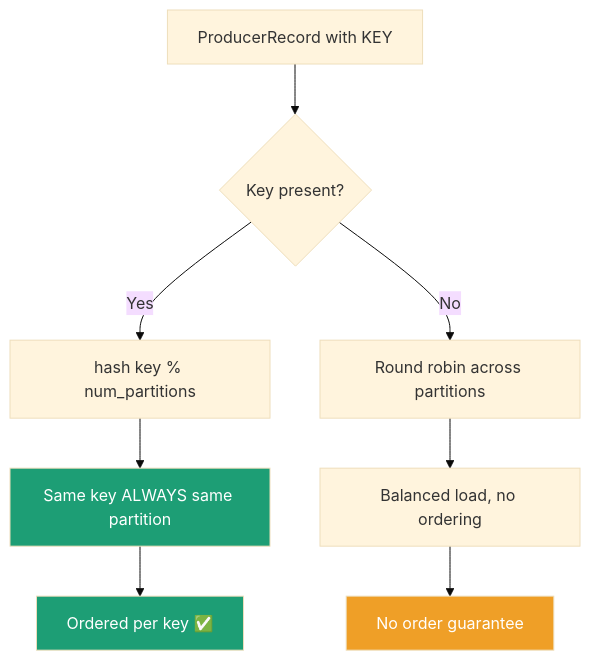
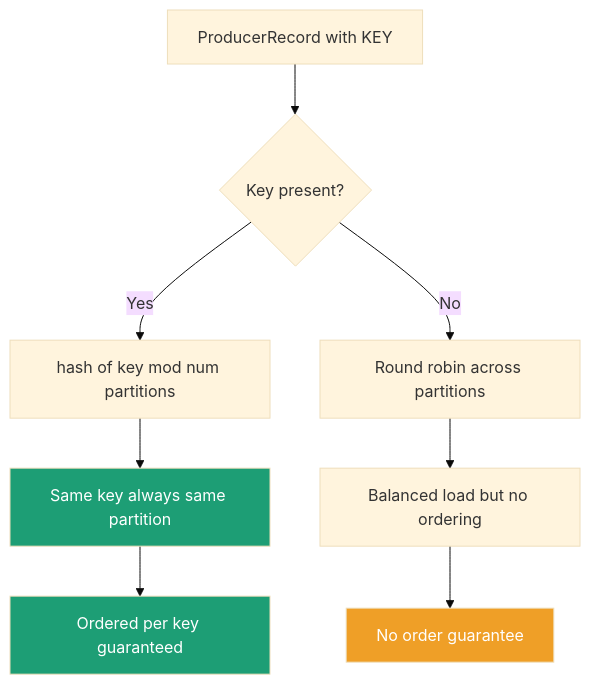
One commit to rahulsaxena23-code/best-practice changed the seventh of 18 diagrams in kakfa/kafka_best_practices.md. Above: the diagram before and after it, drawn with Mermaid (base theme). The commit also changed other lines of this file, not shown here.

````diff
--- a/kakfa/kafka_best_practices.md
+++ b/kakfa/kafka_best_practices.md
@@ -440,14 +398,14 @@
 ```mermaid
-graph TD
+flowchart TD
     A[ProducerRecord with KEY] --> B{Key present?}
-    B -- Yes --> C[hash key % num_partitions]
+    B -- Yes --> C[hash of key mod num partitions]
     B -- No --> D[Round robin across partitions]
-    C --> E[Same key ALWAYS same partition]
-    D --> F[Balanced load, no ordering]
-    E --> G[Ordered per key ✅]
+    C --> E[Same key always same partition]
+    D --> F[Balanced load but no ordering]
+    E --> G[Ordered per key guaranteed]
     F --> H[No order guarantee]
 
     style E fill:#1D9E75,color:#fff
     style G fill:#1D9E75,color:#fff
     style H fill:#EF9F27,color:#fff
 ```
````
